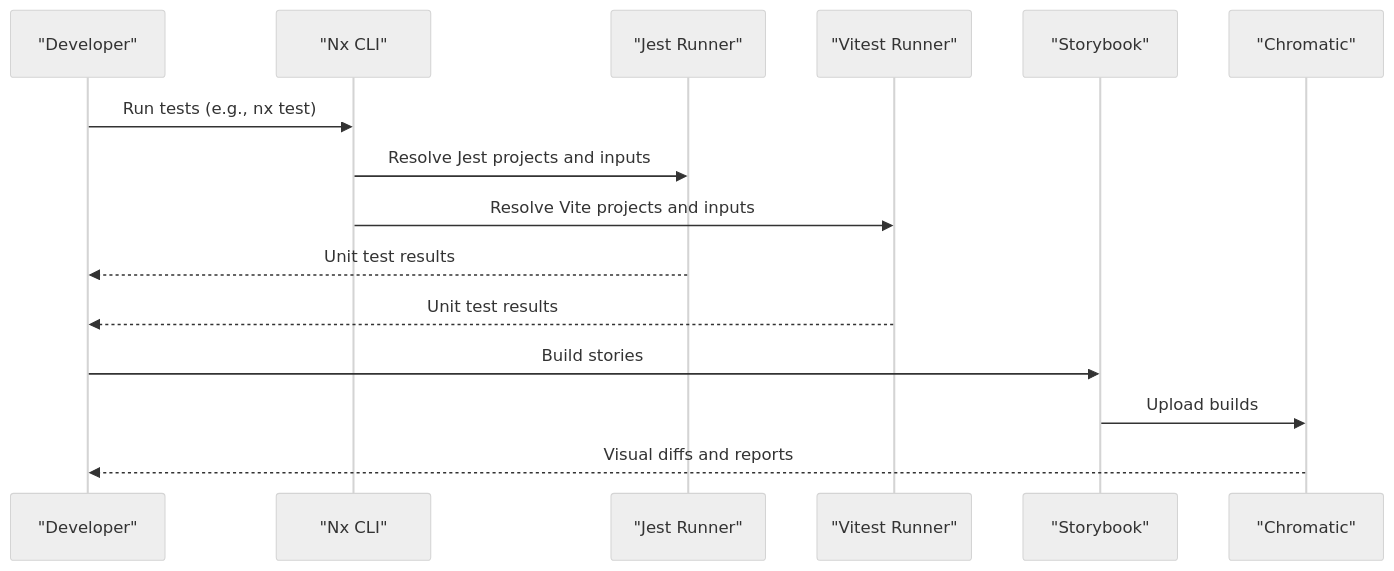
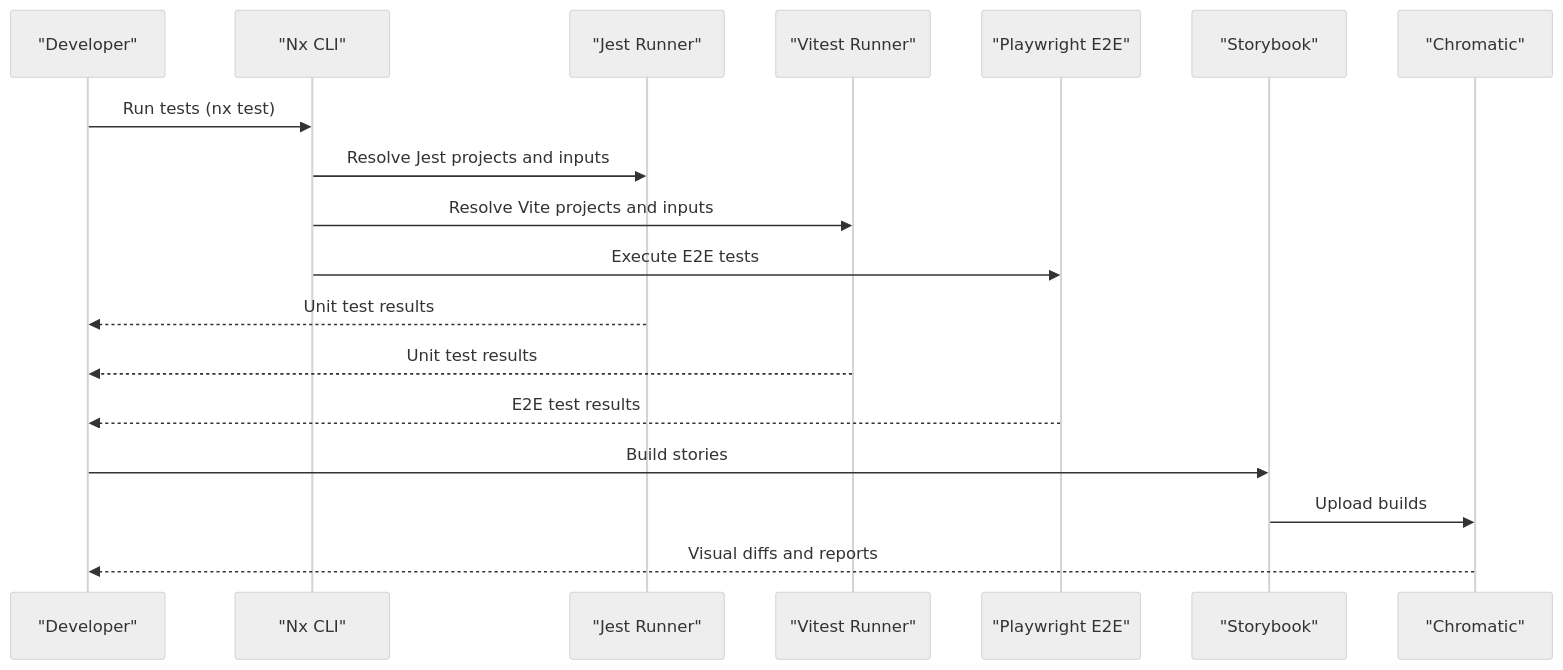
Before and after one commit to effinrich/rh-nx-monorepo: the second of 3 diagrams in .qoder/repowiki/en/content/Testing Strategy.md, drawn with Mermaid (neutral theme). The commit also changed other lines of this file and 130 other files, not shown here.

````diff
--- a/.qoder/repowiki/en/content/Testing Strategy.md
+++ b/.qoder/repowiki/en/content/Testing Strategy.md
@@ -176,17 +191,20 @@
 ```mermaid
 sequenceDiagram
 participant Dev as "Developer"
 participant Nx as "Nx CLI"
 participant Jest as "Jest Runner"
 participant Vitest as "Vitest Runner"
+participant Playwright as "Playwright E2E"
 participant Storybook as "Storybook"
 participant Chromatic as "Chromatic"
-Dev->>Nx : Run tests (e.g., nx test)
+Dev->>Nx : Run tests (nx test)
 Nx->>Jest : Resolve Jest projects and inputs
 Nx->>Vitest : Resolve Vite projects and inputs
+Nx->>Playwright : Execute E2E tests
 Jest-->>Dev : Unit test results
 Vitest-->>Dev : Unit test results
+Playwright-->>Dev : E2E test results
 Dev->>Storybook : Build stories
 Storybook->>Chromatic : Upload builds
 Chromatic-->>Dev : Visual diffs and reports
 ```
````
